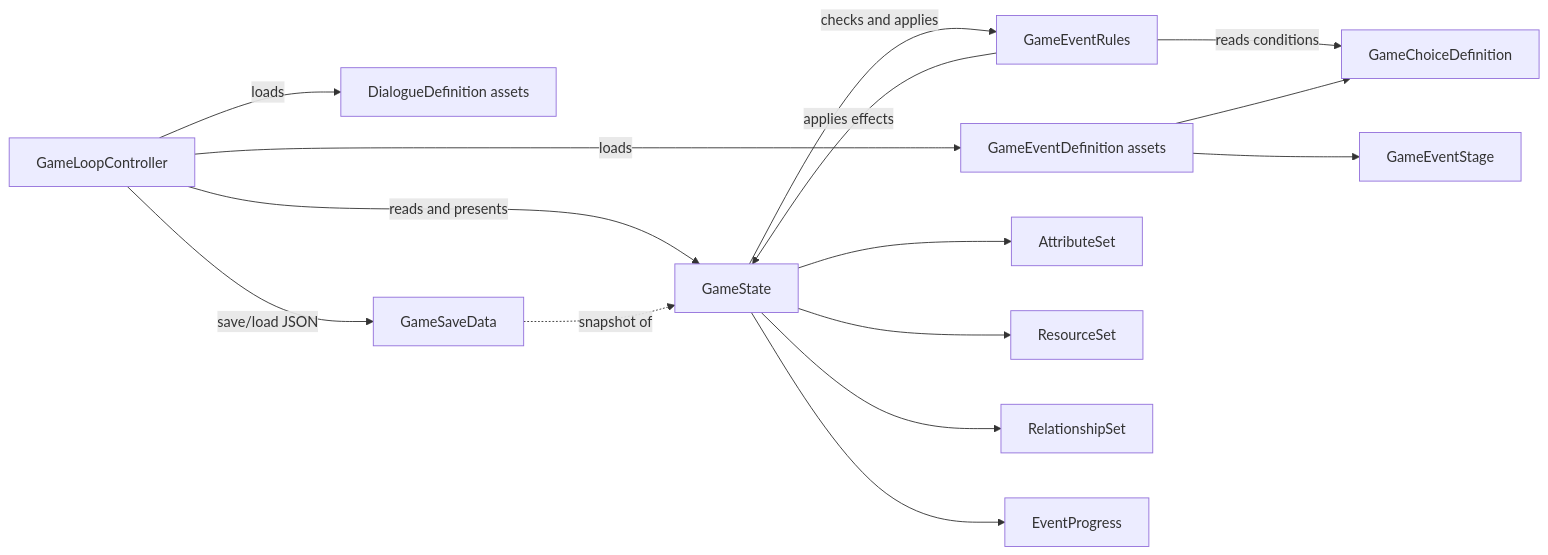
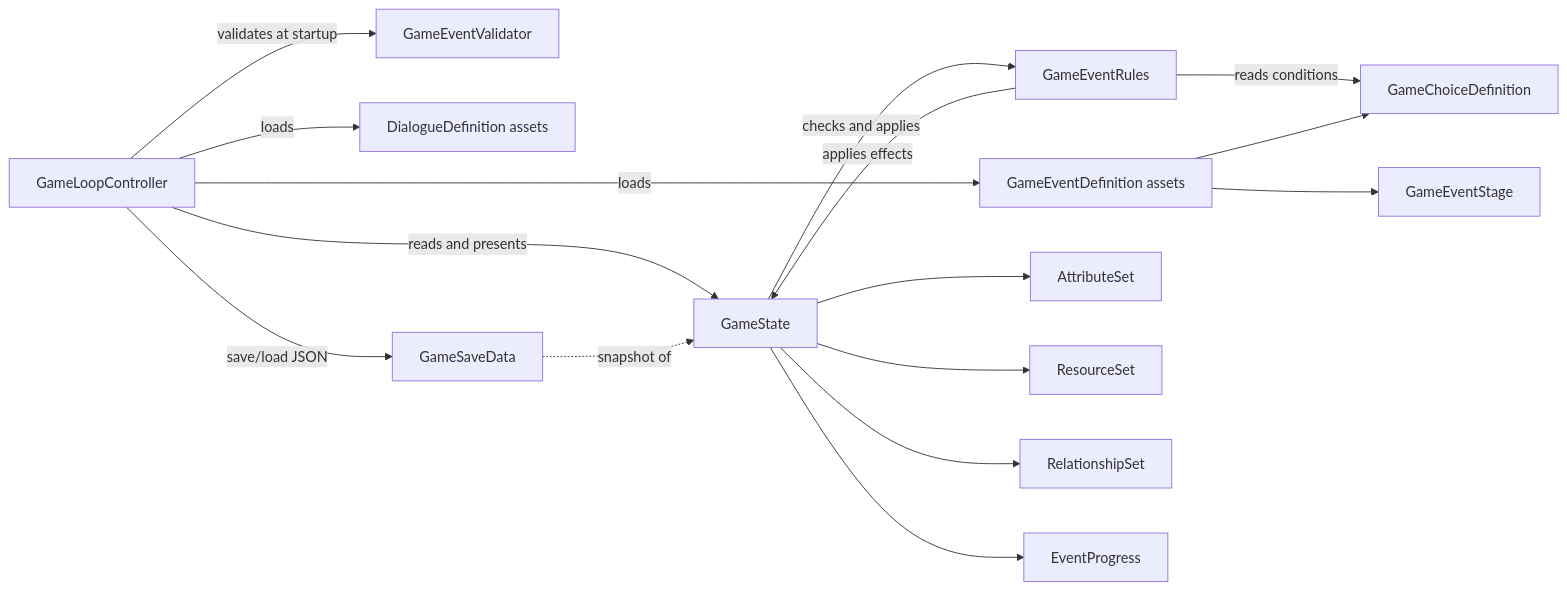
Before and after one commit to DominicLaercio/A-Place-Among-Lords: the first of 3 diagrams in Documentation/Architecture.md, drawn with Mermaid. The commit also changed other lines of this file and 17 other files, not shown here.

````diff
--- a/Documentation/Architecture.md
+++ b/Documentation/Architecture.md
@@ -11,17 +11,18 @@
 ```mermaid
 flowchart LR
     UI[GameLoopController] -->|reads and presents| State[GameState]
     UI -->|loads| Events[GameEventDefinition assets]
+    UI -->|validates at startup| Validator[GameEventValidator]
     UI -->|loads| Dialogues[DialogueDefinition assets]
     UI -->|save/load JSON| Save[GameSaveData]
     State -->|checks and applies| Rules[GameEventRules]
     Rules -->|reads conditions| Choice[GameChoiceDefinition]
     Rules -->|applies effects| State
     Events --> Stages[GameEventStage]
     Events --> Choice
     State --> Attributes[AttributeSet]
     State --> Resources[ResourceSet]
     State --> Relationships[RelationshipSet]
     State --> Progress[EventProgress]
     Save -. snapshot of .-> State
 ```
````
